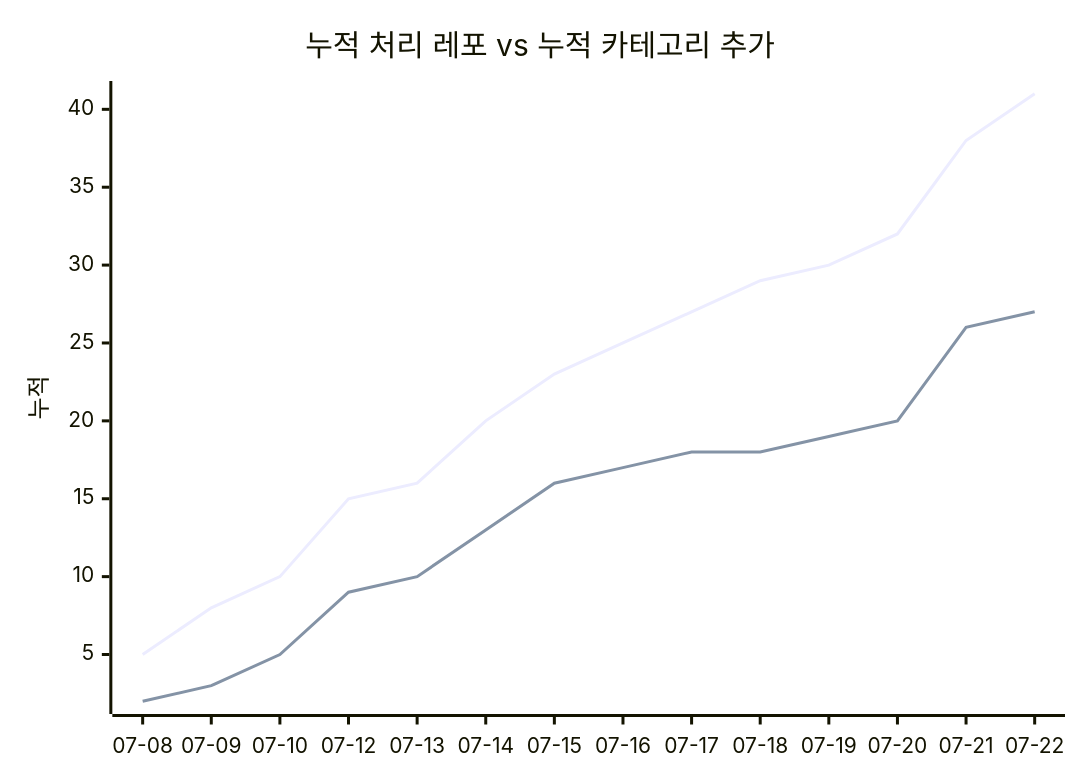
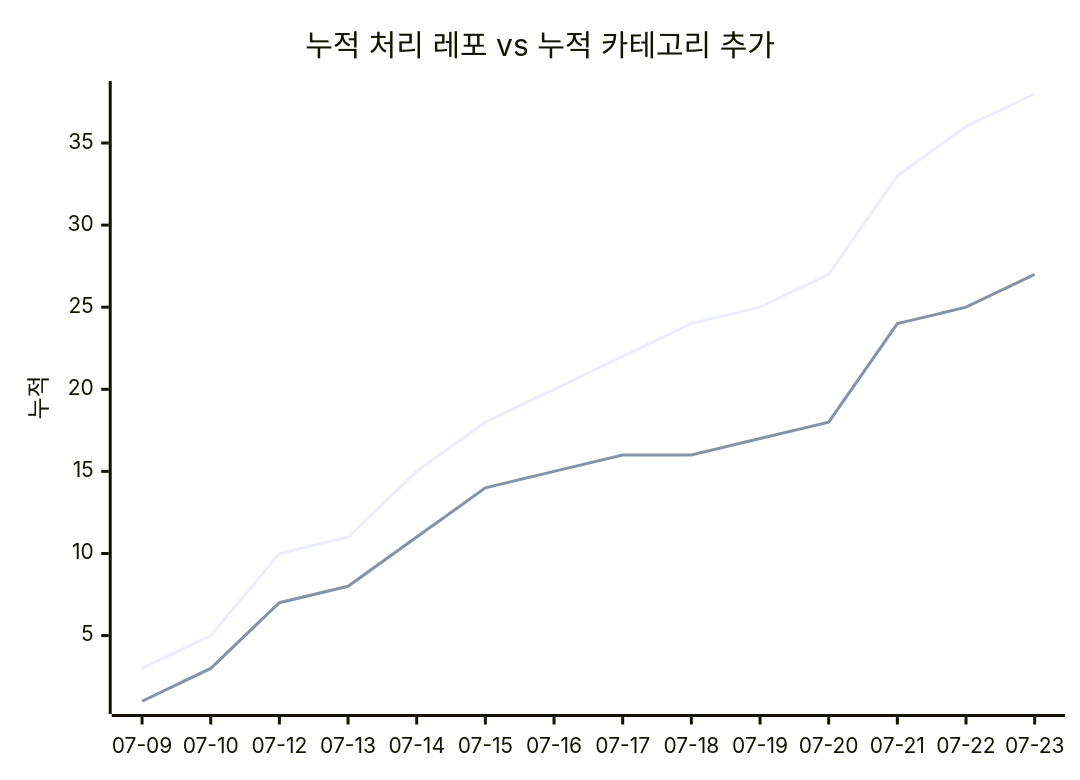
Before and after one commit to J-nowcow/awesome-korean-agent-skills: the second of 2 diagrams in docs/trends.md, drawn with Mermaid. The commit also changed other lines of this file and 28 other files, not shown here.

````diff
--- a/docs/trends.md
+++ b/docs/trends.md
@@ -68,8 +68,8 @@
 ```mermaid
 xychart-beta
     title "누적 처리 레포 vs 누적 카테고리 추가"
-    x-axis ["07-08","07-09","07-10","07-12","07-13","07-14","07-15","07-16","07-17","07-18","07-19","07-20","07-21","07-22"]
+    x-axis ["07-09","07-10","07-12","07-13","07-14","07-15","07-16","07-17","07-18","07-19","07-20","07-21","07-22","07-23"]
     y-axis "누적"
-    line [5,8,10,15,16,20,23,25,27,29,30,32,38,41]
-    line [2,3,5,9,10,13,16,17,18,18,19,20,26,27]
+    line [3,5,10,11,15,18,20,22,24,25,27,33,36,38]
+    line [1,3,7,8,11,14,15,16,16,17,18,24,25,27]
 ```
````
